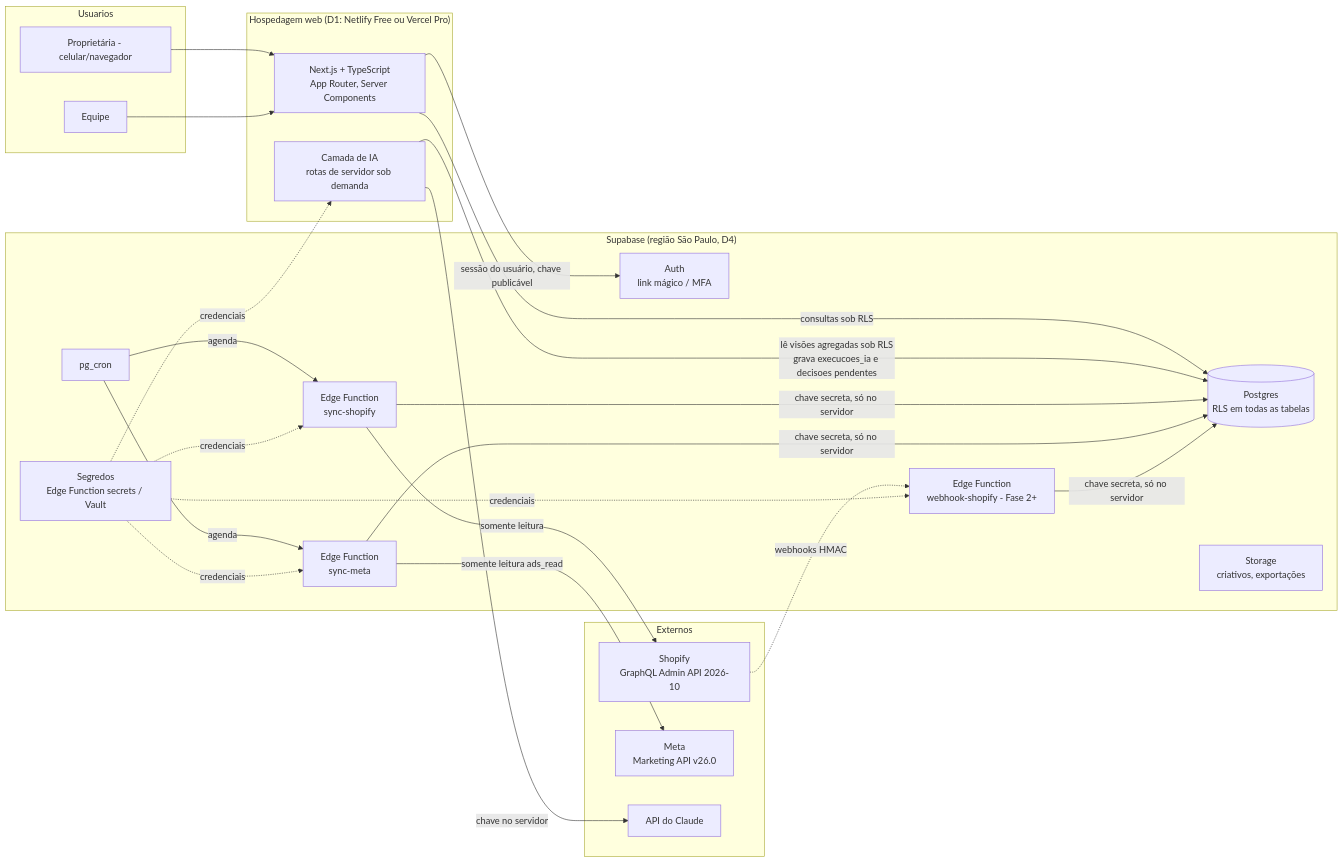
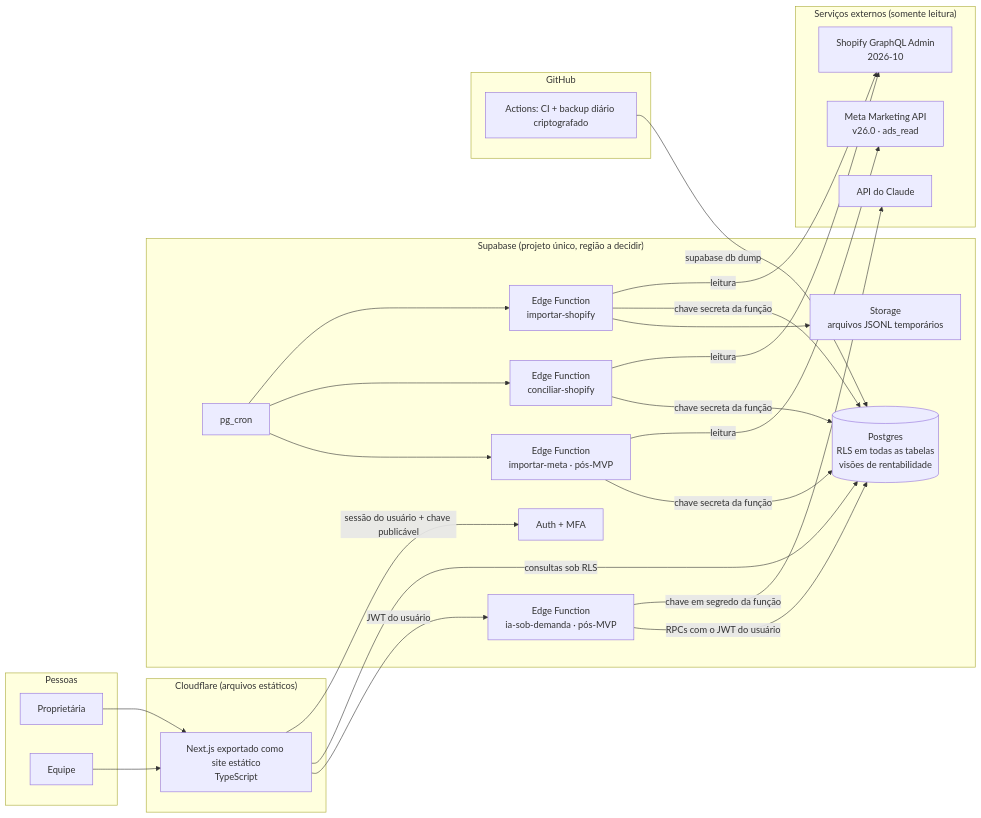
One commit to bemv-lab/Claude changed the diagram in docs/rocco-os/arquitetura.md. Above: the diagram before and after it, drawn with Mermaid. The commit also changed other lines of this file, not shown here.

````diff
--- a/docs/rocco-os/arquitetura.md
+++ b/docs/rocco-os/arquitetura.md
@@ -96,43 +47,45 @@
 ```mermaid
 flowchart LR
-  subgraph Usuarios
-    P[Proprietária - celular/navegador]
+  subgraph Pessoas
+    P[Proprietária]
     E[Equipe]
   end
 
-  subgraph Hospedagem["Hospedagem web (D1: Netlify Free ou Vercel Pro)"]
-    UI[Next.js + TypeScript<br/>App Router, Server Components]
-    IA[Camada de IA<br/>rotas de servidor sob demanda]
+  subgraph CF["Cloudflare (arquivos estáticos)"]
+    UI[Next.js exportado como site estático<br/>TypeScript]
   end
 
-  subgraph Supabase["Supabase (região São Paulo, D4)"]
-    AUTH[Auth<br/>link mágico / MFA]
-    DB[(Postgres<br/>RLS em todas as tabelas)]
-    ST[Storage<br/>criativos, exportações]
+  subgraph SB["Supabase (projeto único, região a decidir)"]
+    AUTH[Auth + MFA]
+    DB[(Postgres<br/>RLS em todas as tabelas<br/>visões de rentabilidade)]
     CRON[pg_cron]
-    EF1[Edge Function<br/>sync-shopify]
-    EF2[Edge Function<br/>sync-meta]
-    EF3[Edge Function<br/>webhook-shopify - Fase 2+]
-    VAULT[Segredos<br/>Edge Function secrets / Vault]
+    F1[Edge Function<br/>importar-shopify]
+    F2[Edge Function<br/>conciliar-shopify]
+    F3[Edge Function<br/>importar-meta · pós-MVP]
+    F4[Edge Function<br/>ia-sob-demanda · pós-MVP]
+    ST[Storage<br/>arquivos JSONL temporários]
   end
 
-  subgraph Externos
-    SH[Shopify<br/>GraphQL Admin API 2026-10]
-    META[Meta<br/>Marketing API v26.0]
+  subgraph GH["GitHub"]
+    CI[Actions: CI + backup diário criptografado]
+  end
+
+  subgraph Ext["Serviços externos (somente leitura)"]
+    SH[Shopify GraphQL Admin<br/>2026-10]
+    META[Meta Marketing API<br/>v26.0 · ads_read]
     LLM[API do Claude]
   end
 
-  P --> UI
-  E --> UI
-  UI -- sessão do usuário, chave publicável --> AUTH
+  P & E --> UI
+  UI -- sessão do usuário + chave publicável --> AUTH
   UI -- consultas sob RLS --> DB
-  IA -- lê visões agregadas sob RLS<br/>grava execucoes_ia e decisoes pendentes --> DB
-  IA -- chave no servidor --> LLM
-  CRON -- agenda --> EF1
-  CRON -- agenda --> EF2
-  EF1 -- somente leitura --> SH
-  EF2 -- somente leitura ads_read --> META
-  SH -. webhooks HMAC .-> EF3
-  EF1 & EF2 & EF3 -- chave secreta, só no servidor --> DB
-  VAULT -. credenciais .-> EF1 & EF2 & EF3 & IA
+  UI -- JWT do usuário --> F4
+  CRON --> F1 & F2 & F3
+  F1 & F2 -- leitura --> SH
+  F3 -- leitura --> META
+  F4 -- chave em segredo da função --> LLM
+  F1 & F2 & F3 -- chave secreta da função --> DB
+  F1 --> ST
+  F4 -- RPCs com o JWT do usuário --> DB
+  CI -- supabase db dump --> DB
 ```
````
